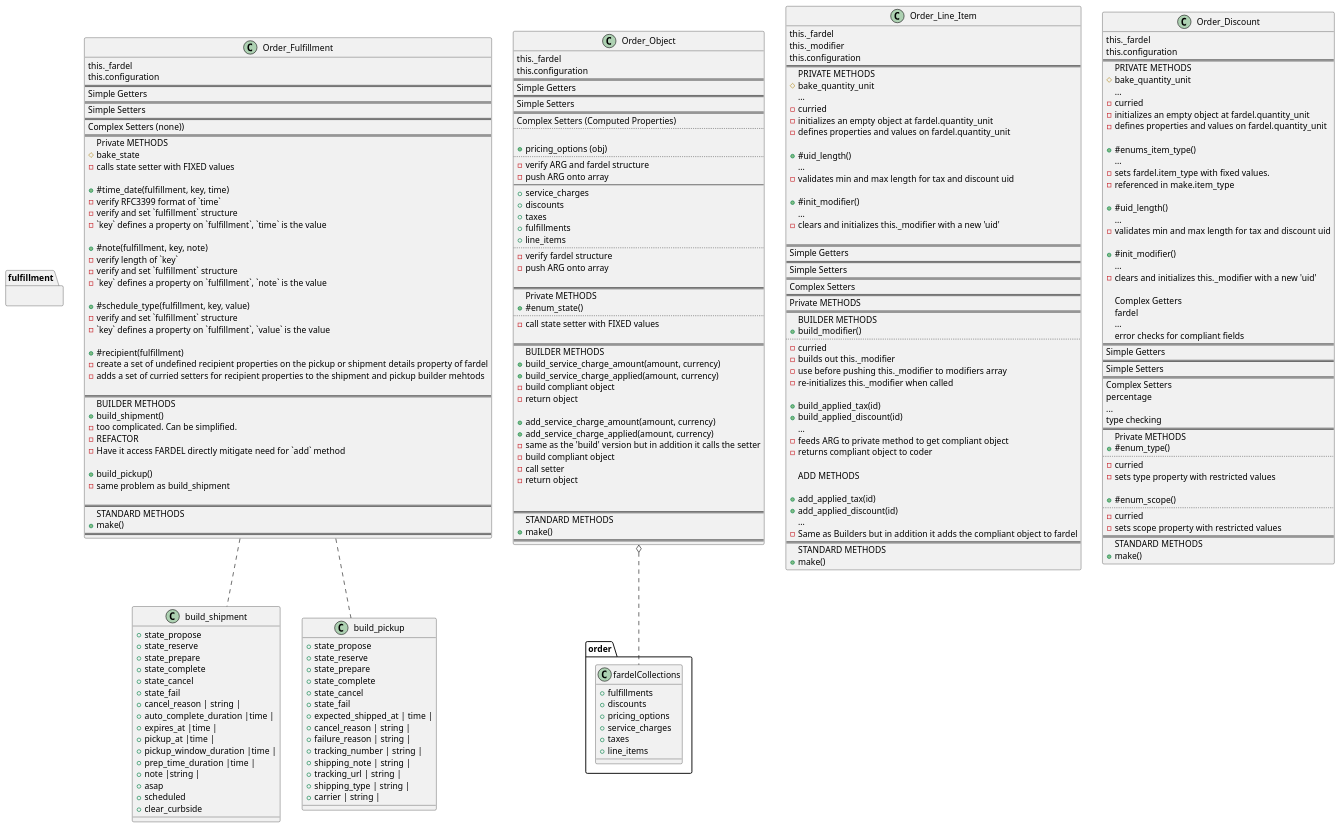
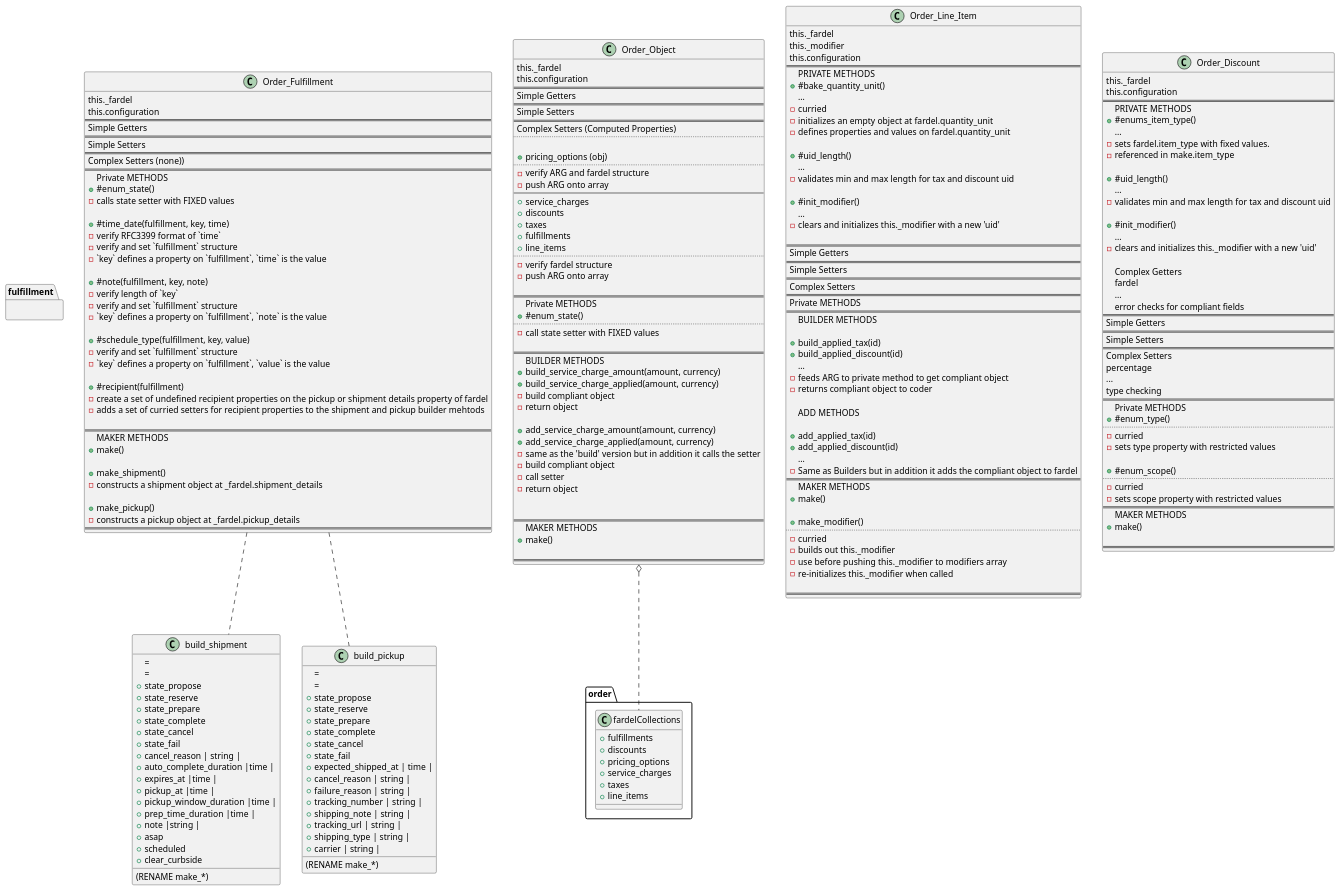
Before and after one commit to TwoFistedJustice/square-pie: the diagram in docs/uml/order_object_pie.puml, drawn with PlantUML.

Commit message:
docs: update to reflect new syntax
add new MAKER class of methods
rename curried build_* methods to make_*
remove outdated items

```diff
--- a/docs/uml/order_object_pie.puml
+++ b/docs/uml/order_object_pie.puml
@@ -68,8 +68,9 @@
 
 
 ==
-STANDARD METHODS
+MAKER METHODS
 + make()
+
 ==
 }
 
@@ -84,7 +85,7 @@
 Complex Setters (none))
 ==
 Private METHODS
-#bake_state
++#enum_state()
 - calls state setter with FIXED values
 
 + #time_date(fulfillment, key, time)
@@ -106,18 +107,14 @@
 - adds a set of curried setters for recipient properties to the shipment and pickup builder mehtods
 
 ==
-BUILDER METHODS
-+ build_shipment()
-- too complicated. Can be simplified.
-- REFACTOR
-- Have it access FARDEL directly mitigate need for `add` method
+MAKER METHODS
++ make()
 
-+ build_pickup()
-- same problem as build_shipment
++ make_shipment()
+- constructs a shipment object at _fardel.shipment_details
 
-==
-STANDARD METHODS
-+ make()
++ make_pickup()
+- constructs a pickup object at _fardel.pickup_details
 ==
 }
 
@@ -127,7 +124,7 @@
 this.configuration
 ==
 PRIVATE METHODS
-#bake_quantity_unit
++#bake_quantity_unit()
 ...
 - curried
 - initializes an empty object at fardel.quantity_unit
@@ -151,12 +148,6 @@
 Private METHODS
 ==
 BUILDER METHODS
-+build_modifier()
-..
-- curried
-- builds out this._modifier
-- use before pushing this._modifier to modifiers array
-- re-initializes this._modifier when called
 
 +build_applied_tax(id)
 +build_applied_discount(id)
@@ -171,8 +162,17 @@
 ...
 - Same as Builders but in addition it adds the compliant object to fardel
 ==
-STANDARD METHODS
+MAKER METHODS
 + make()
+
++make_modifier()
+..
+- curried
+- builds out this._modifier
+- use before pushing this._modifier to modifiers array
+- re-initializes this._modifier when called
+
+==
 }
 
 
@@ -182,12 +182,6 @@
 this.configuration
 ==
 PRIVATE METHODS
-#bake_quantity_unit
-...
-- curried
-- initializes an empty object at fardel.quantity_unit
-- defines properties and values on fardel.quantity_unit
-
 +#enums_item_type()
 ...
 - sets fardel.item_type with fixed values.
@@ -226,13 +220,18 @@
 - curried
 - sets scope property with restricted values
 ==
-STANDARD METHODS
+MAKER METHODS
 + make()
+
+==
 }
 
 
 
 object build_shipment {
+=
+(RENAME make_*)
+=
 + state_propose
 + state_reserve
 + state_prepare
@@ -253,6 +252,10 @@
 }
 
 object build_pickup {
+=
+(RENAME make_*)
+=
+
 + state_propose
 + state_reserve
 + state_prepare
```
